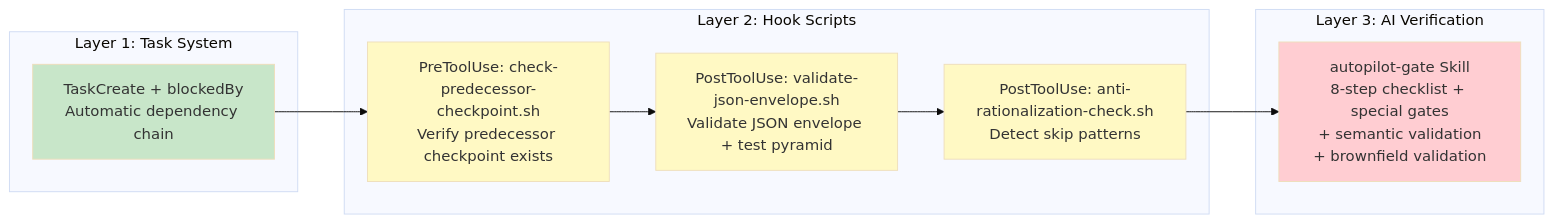
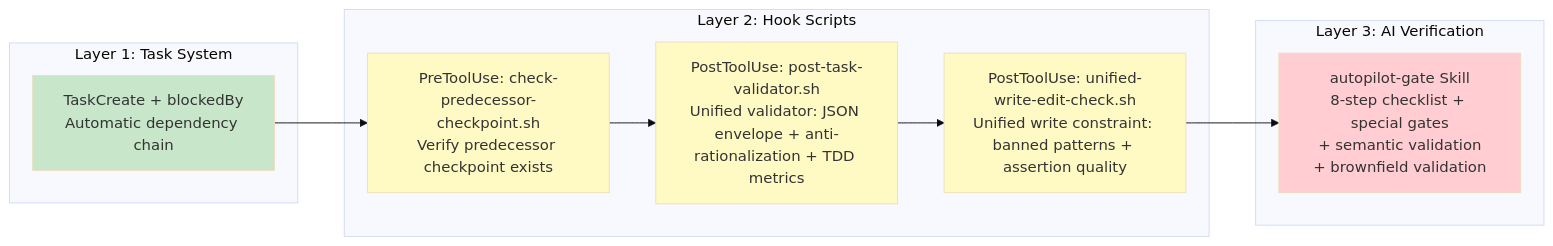
One commit to lorainwings/claude-autopilot changed the second of 4 diagrams in plugins/spec-autopilot/README.md. Above: the diagram before and after it, drawn with Mermaid (base theme). The commit also changed other lines of this file and 26 other files, not shown here.

````diff
--- a/plugins/spec-autopilot/README.md
+++ b/plugins/spec-autopilot/README.md
@@ -80,27 +80,27 @@
 ```mermaid
 graph LR
     subgraph "Layer 1: Task System"
         L1[TaskCreate + blockedBy<br/>Automatic dependency chain]
     end
 
     subgraph "Layer 2: Hook Scripts"
         L2A[PreToolUse: check-predecessor-checkpoint.sh<br/>Verify predecessor checkpoint exists]
-        L2B[PostToolUse: validate-json-envelope.sh<br/>Validate JSON envelope + test pyramid]
-        L2C[PostToolUse: anti-rationalization-check.sh<br/>Detect skip patterns]
+        L2B[PostToolUse: post-task-validator.sh<br/>Unified validator: JSON envelope + anti-rationalization + TDD metrics]
+        L2C[PostToolUse: unified-write-edit-check.sh<br/>Unified write constraint: banned patterns + assertion quality]
     end
 
     subgraph "Layer 3: AI Verification"
         L3[autopilot-gate Skill<br/>8-step checklist + special gates<br/>+ semantic validation<br/>+ brownfield validation]
     end
 
     L1 --> L2A
     L2A --> L2B
     L2B --> L2C
     L2C --> L3
 
     style L1 fill:#c8e6c9
     style L2A fill:#fff9c4
     style L2B fill:#fff9c4
     style L2C fill:#fff9c4
     style L3 fill:#ffcdd2
 ```
````
